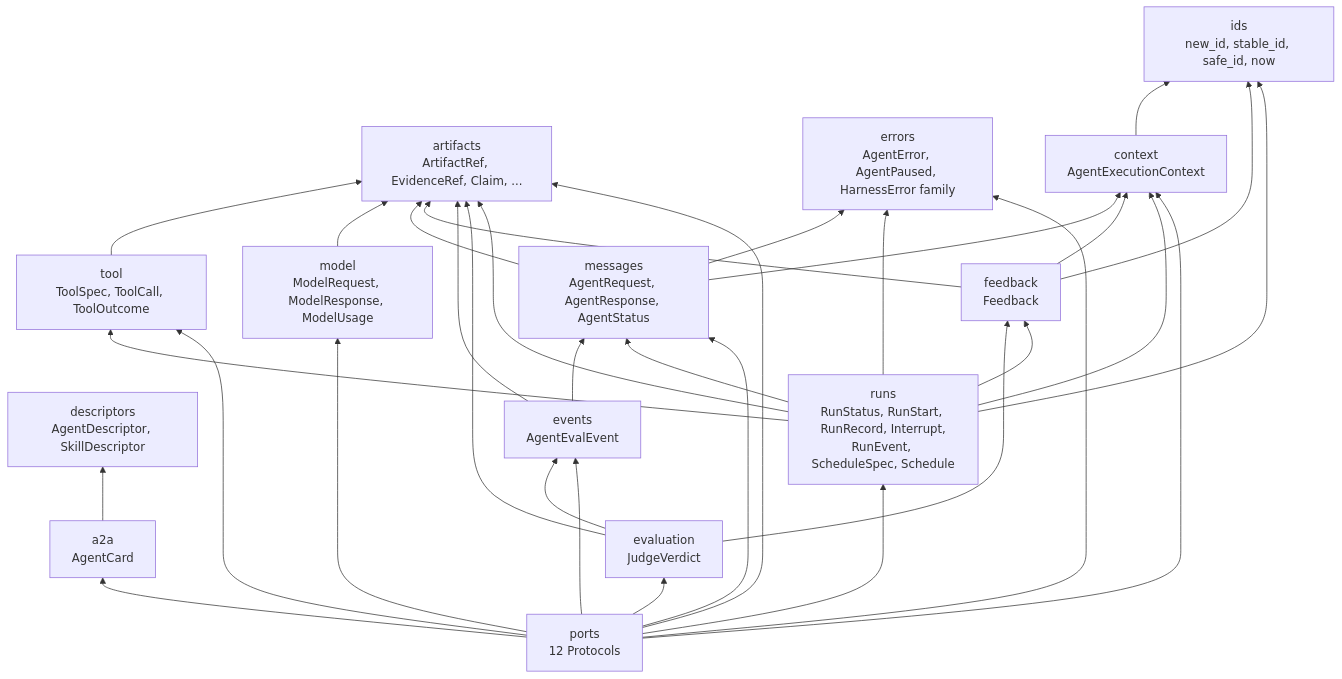
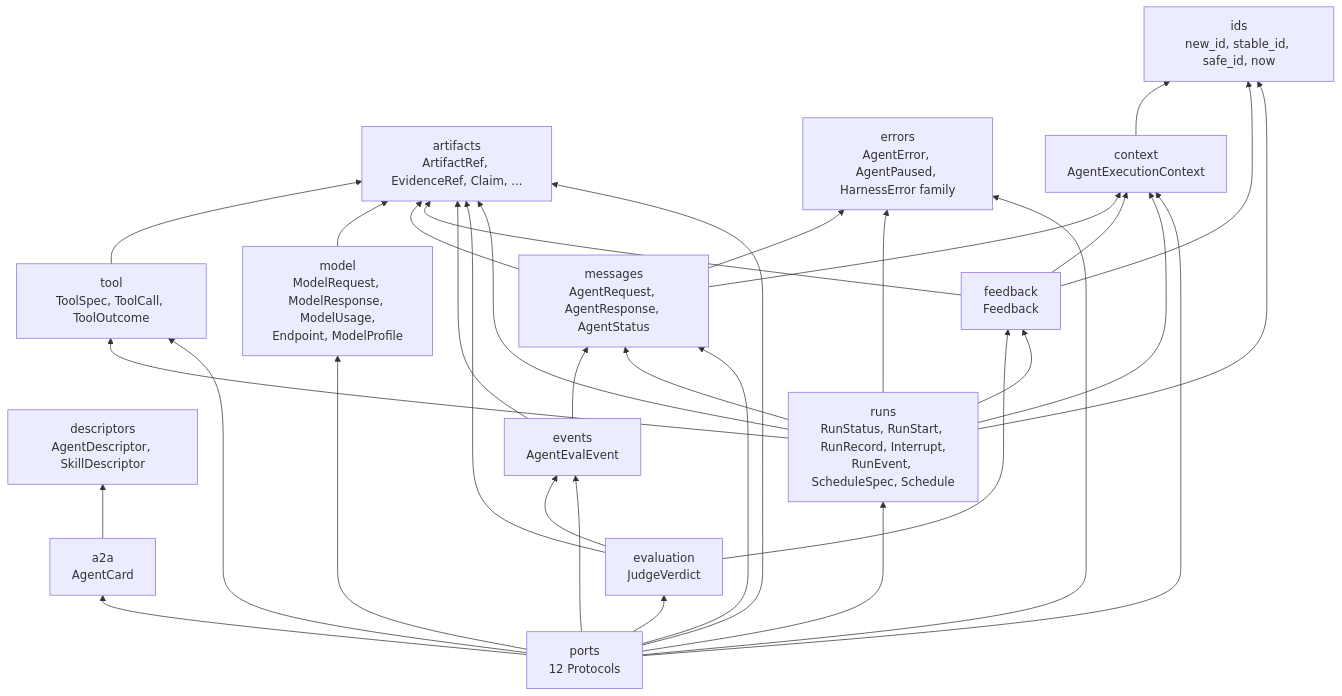
The second of 12 diagrams in docs/ARCHITECTURE.md (amitmohapatra/agent-contracts), drawn with Mermaid before and after one commit. The commit also changed other lines of this file and 15 other files, not shown here.

First line of the commit message:
Add Endpoint and ModelProfile (0.6.3)

````diff
--- a/docs/ARCHITECTURE.md
+++ b/docs/ARCHITECTURE.md
@@ -62,28 +62,28 @@
 ```mermaid
 flowchart BT
   ids["ids<br/>new_id, stable_id, safe_id, now"]
   artifacts["artifacts<br/>ArtifactRef, EvidenceRef, Claim, ..."]
   errors["errors<br/>AgentError, AgentPaused, HarnessError family"]
   descriptors["descriptors<br/>AgentDescriptor, SkillDescriptor"]
   context["context<br/>AgentExecutionContext"]
   tool["tool<br/>ToolSpec, ToolCall, ToolOutcome"]
-  model["model<br/>ModelRequest, ModelResponse, ModelUsage"]
+  model["model<br/>ModelRequest, ModelResponse, ModelUsage,<br/>Endpoint, ModelProfile"]
   messages["messages<br/>AgentRequest, AgentResponse, AgentStatus"]
   feedback["feedback<br/>Feedback"]
   events["events<br/>AgentEvalEvent"]
   evaluation["evaluation<br/>JudgeVerdict"]
   a2a["a2a<br/>AgentCard"]
   runs["runs<br/>RunStatus, RunStart, RunRecord, Interrupt,<br/>RunEvent, ScheduleSpec, Schedule"]
   ports["ports<br/>12 Protocols"]
 
   context --> ids
   tool --> artifacts
   model --> artifacts
   a2a --> descriptors
   messages --> artifacts & context & errors
   feedback --> artifacts & context & ids
   events --> artifacts & messages
   evaluation --> artifacts & events & feedback
   runs --> artifacts & context & errors & feedback & ids & messages & tool
   ports --> a2a & artifacts & context & errors & evaluation & events & messages & model & runs & tool
 ```
````
